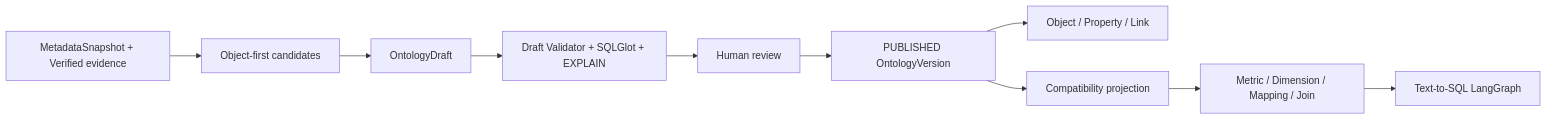
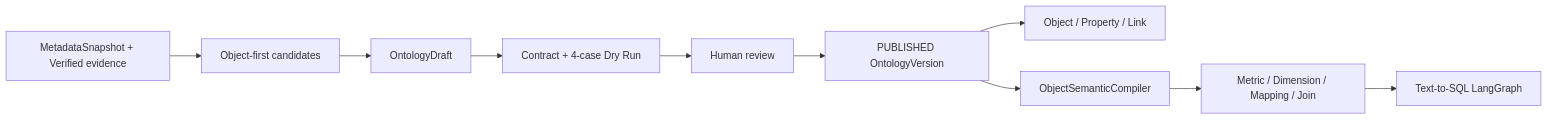
Before and after one commit to BaBaLiBoo/data-asset-agents: the diagram in README.md, drawn with Mermaid. The commit also changed other lines of this file and 28 other files, not shown here.

Commit message:
feat: govern object semantic runtime

````diff
--- a/README.md
+++ b/README.md
@@ -55,12 +55,12 @@
 ```mermaid
 flowchart LR
   M[MetadataSnapshot + Verified evidence] --> C[Object-first candidates]
   C --> D[OntologyDraft]
-  D --> V[Draft Validator + SQLGlot + EXPLAIN]
+  D --> V[Contract + 4-case Dry Run]
   V --> R[Human review]
   R --> P[PUBLISHED OntologyVersion]
   P --> O[Object / Property / Link]
-  P --> X[Compatibility projection]
+  P --> X[ObjectSemanticCompiler]
   X --> T[Metric / Dimension / Mapping / Join]
   T --> G[Text-to-SQL LangGraph]
 ```
````
